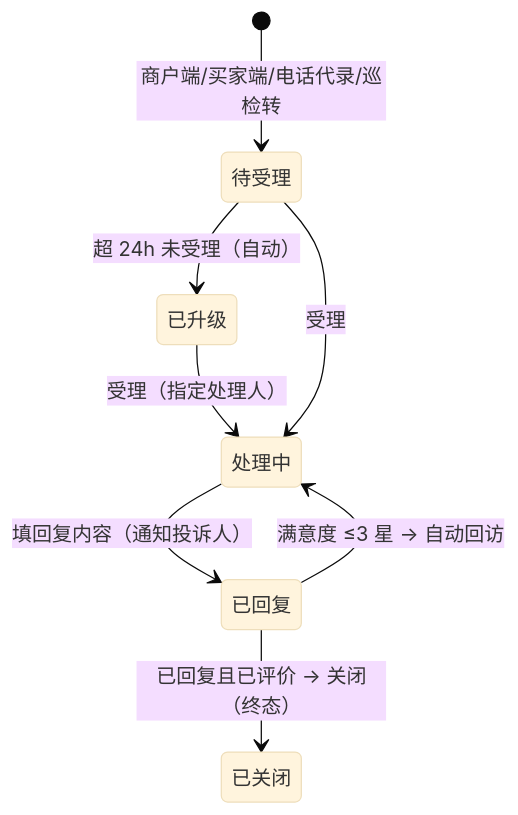
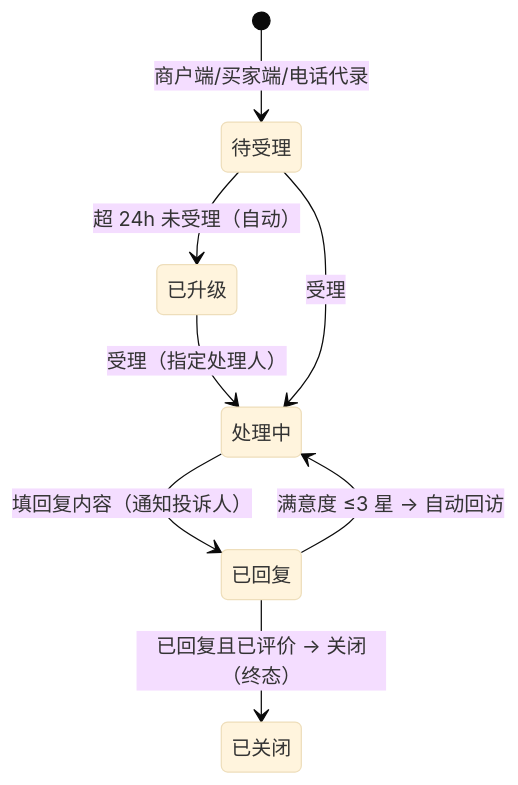
One commit to minghai-code/wazhanggui-prototype changed the diagram in yunying-PC/prd/07-物业服务/07-投诉建议.md. Above: the diagram before and after it, drawn with Mermaid (base theme). The commit also changed other lines of this file and 37 other files, not shown here.

````diff
--- a/yunying-PC/prd/07-物业服务/07-投诉建议.md
+++ b/yunying-PC/prd/07-物业服务/07-投诉建议.md
@@ -41,10 +41,10 @@
 ```mermaid
 stateDiagram-v2
-    [*] --> 待受理: 商户端/买家端/电话代录/巡检转
+    [*] --> 待受理: 商户端/买家端/电话代录
     待受理 --> 已升级: 超 24h 未受理（自动）
     已升级 --> 处理中: 受理（指定处理人）
     待受理 --> 处理中: 受理
     处理中 --> 已回复: 填回复内容（通知投诉人）
     已回复 --> 已关闭: 已回复且已评价 → 关闭（终态）
     已回复 --> 处理中: 满意度 ≤3 星 → 自动回访
 ```
````
